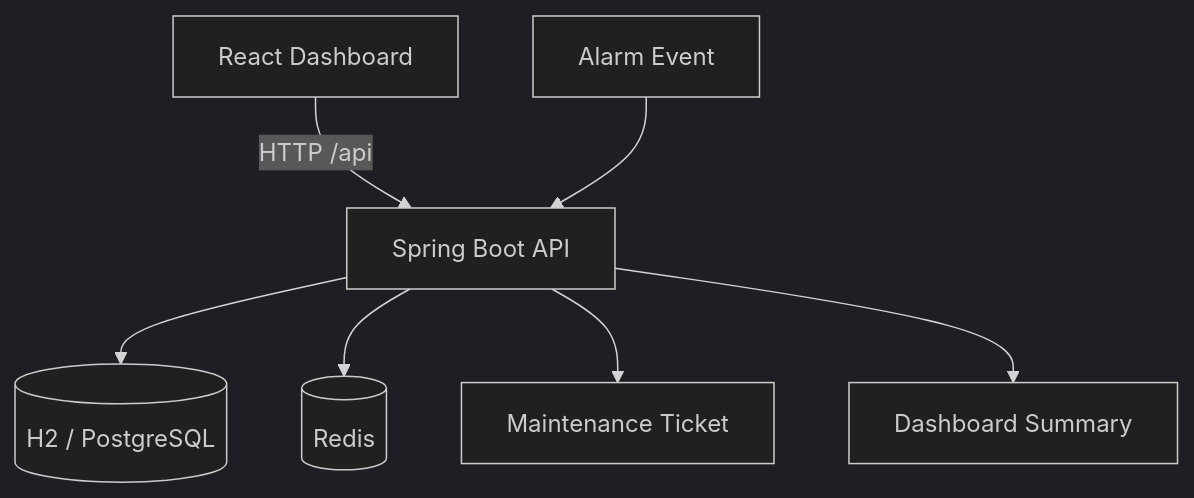
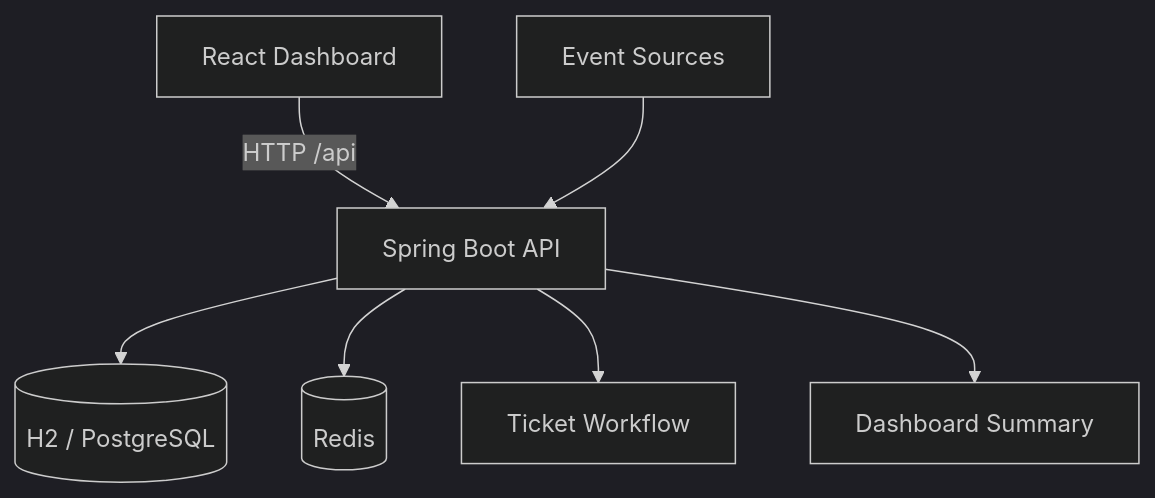
Before and after one commit to funrock99/smart-event-ticket-system: the diagram in README.md, drawn with Mermaid (dark theme). The commit also changed other lines of this file and 45 other files, not shown here.

Commit message:
Refactor app into smart event ticket system

````diff
--- a/README.md
+++ b/README.md
@@ -25,9 +30,9 @@
 ```mermaid
 graph TD
     A[React Dashboard] -->|HTTP /api| B[Spring Boot API]
     B --> C[(H2 / PostgreSQL)]
     B --> D[(Redis)]
-    E[Alarm Event] --> B
-    B --> F[Maintenance Ticket]
+    E[Event Sources] --> B
+    B --> F[Ticket Workflow]
     B --> G[Dashboard Summary]
 ```
````
